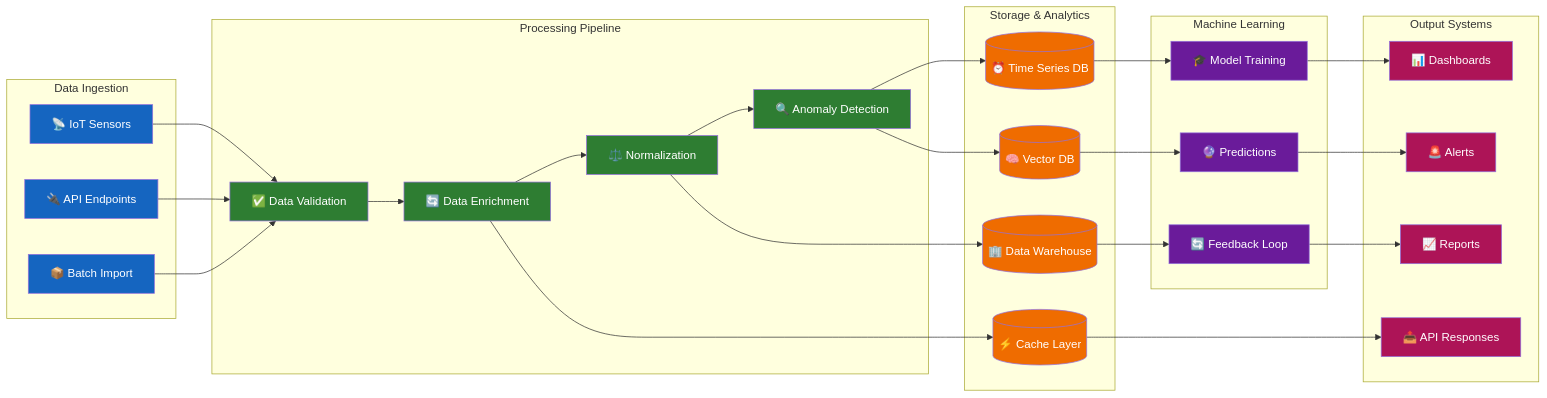
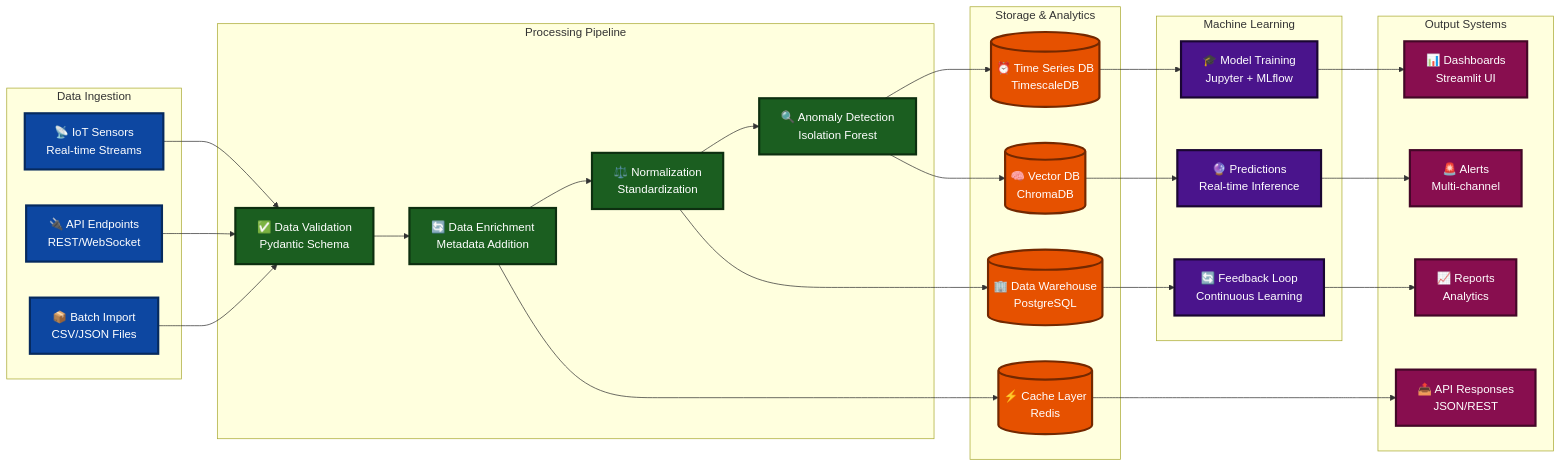
One commit to YanCotta/enterprise_challenge_sprint_1_hermes_reply changed diagram 21 of 25 in smart-maintenance-saas/docs/SYSTEM_AND_ARCHITECTURE.md. Above: the diagram before and after it, drawn with Mermaid. The commit also changed other lines of this file, not shown here.

Commit message:
Add comprehensive system diagrams with darker colors for better visibility

````diff
--- a/smart-maintenance-saas/docs/SYSTEM_AND_ARCHITECTURE.md
+++ b/smart-maintenance-saas/docs/SYSTEM_AND_ARCHITECTURE.md
@@ -866,69 +1483,69 @@
 ```mermaid
 flowchart LR
     subgraph "Data Ingestion"
-        SENSORS[📡 IoT Sensors]
-        API_IN[🔌 API Endpoints]
-        BATCH[📦 Batch Import]
+        SENSORS[📡 IoT Sensors<br/>Real-time Streams]
+        API_IN[🔌 API Endpoints<br/>REST/WebSocket]
+        BATCH[📦 Batch Import<br/>CSV/JSON Files]
     end
 
     subgraph "Processing Pipeline"
-        VALIDATE[✅ Data Validation]
-        ENRICH[🔄 Data Enrichment]
-        NORMALIZE[⚖️ Normalization]
-        ANOMALY[🔍 Anomaly Detection]
+        VALIDATE[✅ Data Validation<br/>Pydantic Schema]
+        ENRICH[🔄 Data Enrichment<br/>Metadata Addition]
+        NORMALIZE[⚖️ Normalization<br/>Standardization]
+        ANOMALY[🔍 Anomaly Detection<br/>Isolation Forest]
     end
 
     subgraph "Storage & Analytics"
-        TIMESERIES[(⏰ Time Series DB)]
-        VECTOR[(🧠 Vector DB)]
-        WAREHOUSE[(🏢 Data Warehouse)]
-        CACHE[(⚡ Cache Layer)]
+        TIMESERIES[(⏰ Time Series DB<br/>TimescaleDB)]
+        VECTOR[(🧠 Vector DB<br/>ChromaDB)]
+        WAREHOUSE[(🏢 Data Warehouse<br/>PostgreSQL)]
+        CACHE[(⚡ Cache Layer<br/>Redis)]
     end
 
     subgraph "Machine Learning"
-        TRAIN[🎓 Model Training]
-        PREDICT[🔮 Predictions]
-        FEEDBACK[🔄 Feedback Loop]
+        TRAIN[🎓 Model Training<br/>Jupyter + MLflow]
+        PREDICT[🔮 Predictions<br/>Real-time Inference]
+        FEEDBACK[🔄 Feedback Loop<br/>Continuous Learning]
     end
 
     subgraph "Output Systems"
-        DASHBOARD[📊 Dashboards]
-        ALERTS[🚨 Alerts]
-        REPORTS[📈 Reports]
-        API_OUT[📤 API Responses]
+        DASHBOARD[📊 Dashboards<br/>Streamlit UI]
+        ALERTS[🚨 Alerts<br/>Multi-channel]
+        REPORTS[📈 Reports<br/>Analytics]
+        API_OUT[📤 API Responses<br/>JSON/REST]
     end
 
     SENSORS --> VALIDATE
     API_IN --> VALIDATE
     BATCH --> VALIDATE
     
     VALIDATE --> ENRICH
     ENRICH --> NORMALIZE
     NORMALIZE --> ANOMALY
     
     ANOMALY --> TIMESERIES
     ANOMALY --> VECTOR
     NORMALIZE --> WAREHOUSE
     ENRICH --> CACHE
     
     TIMESERIES --> TRAIN
     VECTOR --> PREDICT
     WAREHOUSE --> FEEDBACK
     
     TRAIN --> DASHBOARD
     PREDICT --> ALERTS
     FEEDBACK --> REPORTS
     CACHE --> API_OUT
 
-    classDef ingestion fill:#1565C0,color:#ffffff
-    classDef processing fill:#2E7D32,color:#ffffff
-    classDef storage fill:#EF6C00,color:#ffffff
-    classDef ml fill:#6A1B9A,color:#ffffff
-    classDef output fill:#AD1457,color:#ffffff
+    classDef ingestion fill:#0D47A1,color:#ffffff,stroke:#062a5e,stroke-width:3px
+    classDef processing fill:#1B5E20,color:#ffffff,stroke:#0d2f10,stroke-width:3px
+    classDef storage fill:#E65100,color:#ffffff,stroke:#732800,stroke-width:3px
+    classDef ml fill:#4A148C,color:#ffffff,stroke:#1a0632,stroke-width:3px
+    classDef output fill:#880E4F,color:#ffffff,stroke:#440727,stroke-width:3px
 
     class SENSORS,API_IN,BATCH ingestion
     class VALIDATE,ENRICH,NORMALIZE,ANOMALY processing
     class TIMESERIES,VECTOR,WAREHOUSE,CACHE storage
     class TRAIN,PREDICT,FEEDBACK ml
     class DASHBOARD,ALERTS,REPORTS,API_OUT output
 ```
````
